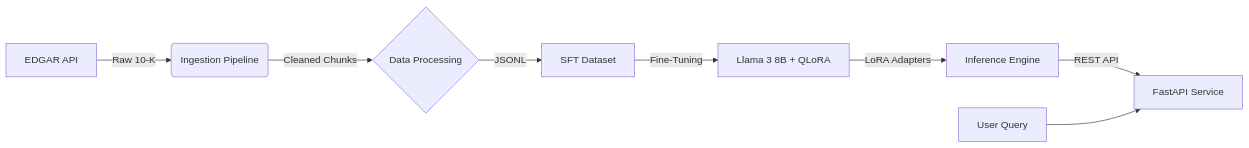
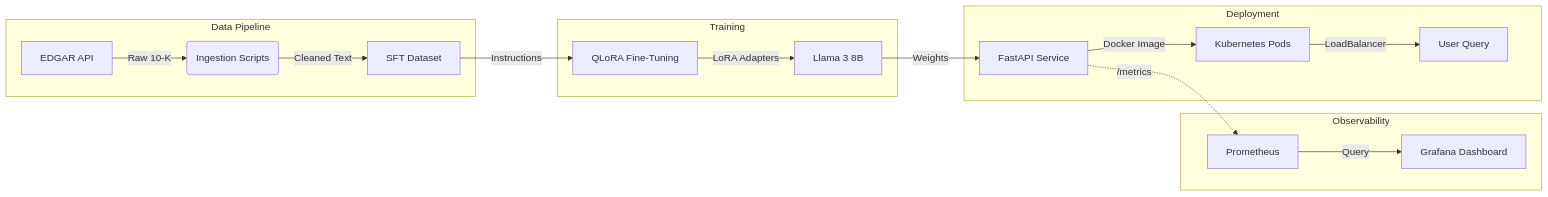
The diagram in README.md (ShivamMishra1603/financial-risk-compliance-intelligence), drawn with Mermaid before and after one commit. The commit also changed other lines of this file and 4 other files, not shown here.

````diff
--- a/README.md
+++ b/README.md
@@ -24,10 +30,23 @@
 ```mermaid
 graph LR
-    A[EDGAR API] -->|Raw 10-K| B(Ingestion Pipeline)
-    B -->|Cleaned Chunks| C{Data Processing}
-    C -->|JSONL| D[SFT Dataset]
-    D -->|Fine-Tuning| E[Llama 3 8B + QLoRA]
-    E -->|LoRA Adapters| F[Inference Engine]
-    F -->|REST API| G[FastAPI Service]
-    H[User Query] --> G
+    subgraph Data Pipeline
+    A[EDGAR API] -->|Raw 10-K| B(Ingestion Scripts)
+    B -->|Cleaned Text| C[SFT Dataset]
+    end
+
+    subgraph Training
+    C -->|Instructions| D[QLoRA Fine-Tuning]
+    D -->|LoRA Adapters| E[Llama 3 8B]
+    end
+
+    subgraph Deployment
+    E -->|Weights| F[FastAPI Service]
+    F -->|Docker Image| G[Kubernetes Pods]
+    G -->|LoadBalancer| H[User Query]
+    end
+
+    subgraph Observability
+    F -.->|/metrics| I[Prometheus]
+    I -->|Query| J[Grafana Dashboard]
+    end
 ```
````
